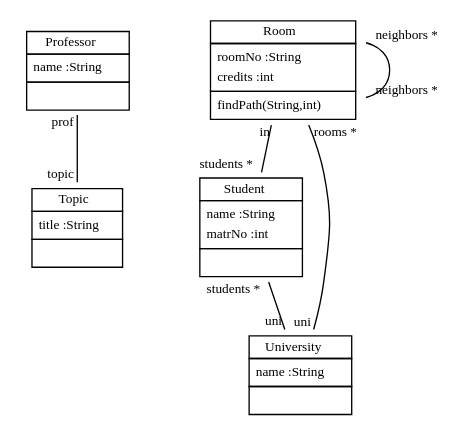
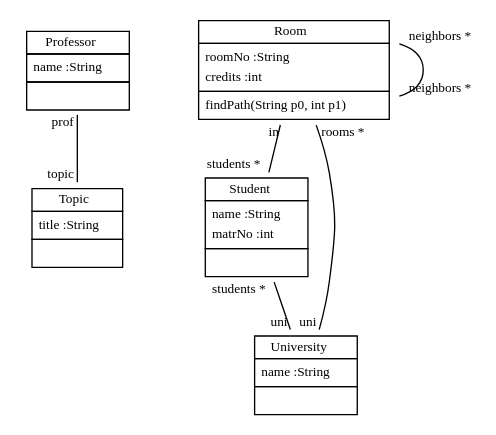
The diagram in doc/StudyRightReverseClassModelClassDiagram2.dot (fujaba/SDMLib), drawn with Graphviz before and after one commit. The commit also changed 310 other files, not shown here.

```diff
--- a/doc/StudyRightReverseClassModelClassDiagram2.dot
+++ b/doc/StudyRightReverseClassModelClassDiagram2.dot
@@ -1,20 +1,20 @@
 
  digraph ClassDiagram {
     node [shape = none, fontsize = 10]; 
     edge [fontsize = 10];
     
     
-    _Professor [label=<<table border='0' cellborder='1' cellspacing='0'> <tr> <td HREF="../examples/org/sdmlib/examples/studyright/Professor.java">Professor</td> </tr> <tr><td><table border='0' cellborder='0' cellspacing='0'> <tr><td align='left'>name :String</td></tr>  </table></td></tr> <tr><td><table border='0' cellborder='0' cellspacing='0'> <tr><td> </td></tr> </table></td></tr> </table>>];
-    _Topic [label=<<table border='0' cellborder='1' cellspacing='0'> <tr> <td HREF="../examples/org/sdmlib/examples/studyright/Topic.java">Topic</td> </tr> <tr><td><table border='0' cellborder='0' cellspacing='0'> <tr><td align='left'>title :String</td></tr>  </table></td></tr> <tr><td><table border='0' cellborder='0' cellspacing='0'> <tr><td> </td></tr> </table></td></tr> </table>>];
-    _Room [label=<<table border='0' cellborder='1' cellspacing='0'> <tr> <td HREF="../examples/org/sdmlib/examples/studyright/Room.java">Room</td> </tr> <tr><td><table border='0' cellborder='0' cellspacing='0'> <tr><td align='left'>roomNo :String</td></tr> <tr><td align='left'>credits :int</td></tr>  </table></td></tr> <tr><td><table border='0' cellborder='0' cellspacing='0'> <tr><td align='left'>findPath(String,int)</td></tr>  </table></td></tr> </table>>];
-    _Student [label=<<table border='0' cellborder='1' cellspacing='0'> <tr> <td HREF="../examples/org/sdmlib/examples/studyright/Student.java">Student</td> </tr> <tr><td><table border='0' cellborder='0' cellspacing='0'> <tr><td align='left'>name :String</td></tr> <tr><td align='left'>matrNo :int</td></tr>  </table></td></tr> <tr><td><table border='0' cellborder='0' cellspacing='0'> <tr><td> </td></tr> </table></td></tr> </table>>];
-    _University [label=<<table border='0' cellborder='1' cellspacing='0'> <tr> <td HREF="../examples/org/sdmlib/examples/studyright/University.java">University</td> </tr> <tr><td><table border='0' cellborder='0' cellspacing='0'> <tr><td align='left'>name :String</td></tr>  </table></td></tr> <tr><td><table border='0' cellborder='0' cellspacing='0'> <tr><td> </td></tr> </table></td></tr> </table>>];
+    _Professor [label=<<table border='0' cellborder='1' cellspacing='0'> <tr> <td HREF="../src/org/sdmlib/examples/studyright/model/Professor.java">Professor</td> </tr> <tr><td><table border='0' cellborder='0' cellspacing='0'> <tr><td align='left'>name :String</td></tr>  </table></td></tr> <tr><td><table border='0' cellborder='0' cellspacing='0'> <tr><td> </td></tr> </table></td></tr> </table>>];
+    _Topic [label=<<table border='0' cellborder='1' cellspacing='0'> <tr> <td HREF="../src/org/sdmlib/examples/studyright/Topic.java">Topic</td> </tr> <tr><td><table border='0' cellborder='0' cellspacing='0'> <tr><td align='left'>title :String</td></tr>  </table></td></tr> <tr><td><table border='0' cellborder='0' cellspacing='0'> <tr><td> </td></tr> </table></td></tr> </table>>];
+    _Room [label=<<table border='0' cellborder='1' cellspacing='0'> <tr> <td HREF="../src/org/sdmlib/examples/studyright/model/Room.java">Room</td> </tr> <tr><td><table border='0' cellborder='0' cellspacing='0'> <tr><td align='left'>roomNo :String</td></tr> <tr><td align='left'>credits :int</td></tr>  </table></td></tr> <tr><td><table border='0' cellborder='0' cellspacing='0'> <tr><td align='left'>findPath(String p0, int p1)</td></tr>  </table></td></tr> </table>>];
+    _Student [label=<<table border='0' cellborder='1' cellspacing='0'> <tr> <td HREF="../src/org/sdmlib/examples/studyright/model/Student.java">Student</td> </tr> <tr><td><table border='0' cellborder='0' cellspacing='0'> <tr><td align='left'>name :String</td></tr> <tr><td align='left'>matrNo :int</td></tr>  </table></td></tr> <tr><td><table border='0' cellborder='0' cellspacing='0'> <tr><td> </td></tr> </table></td></tr> </table>>];
+    _University [label=<<table border='0' cellborder='1' cellspacing='0'> <tr> <td HREF="../src/org/sdmlib/examples/studyright/model/University.java">University</td> </tr> <tr><td><table border='0' cellborder='0' cellspacing='0'> <tr><td align='left'>name :String</td></tr>  </table></td></tr> <tr><td><table border='0' cellborder='0' cellspacing='0'> <tr><td> </td></tr> </table></td></tr> </table>>];
     
     
     
     _Professor -> _Topic [headlabel = "topic" taillabel = "prof" arrowhead = "none" ];
     _Room -> _Room [headlabel = "neighbors *" taillabel = "neighbors *" arrowhead = "none" ];
     _Room -> _Student [headlabel = "students *" taillabel = "in" arrowhead = "none" ];
     _Room -> _University [headlabel = "uni" taillabel = "rooms *" arrowhead = "none" ];
     _Student -> _University [headlabel = "uni" taillabel = "students *" arrowhead = "none" ];
 }
```
